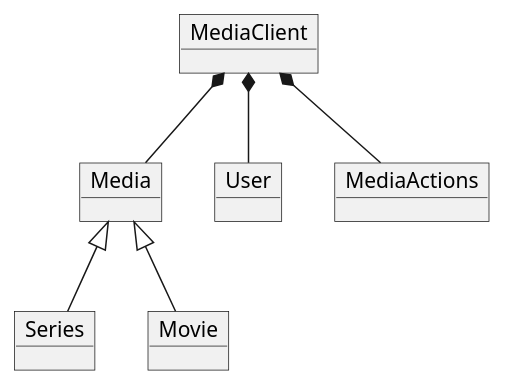
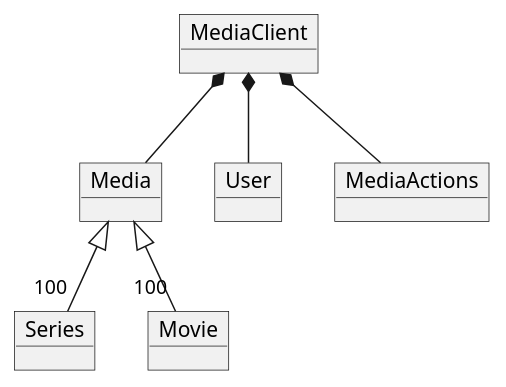
One commit to b-rino/SP3 changed the diagram in docs/domainmodel.puml. Above: the diagram before and after it, drawn with PlantUML. The commit also changed 5 other files, not shown here.

```diff
--- a/docs/domainmodel.puml
+++ b/docs/domainmodel.puml
@@ -1,22 +1,22 @@
 @startuml
 
 object MediaClient
 object Media
 object Series
 object Movie
 object User
 object MediaActions
 
 
 
 MediaClient*-- User
 MediaClient *-- Media
 MediaClient *-- MediaActions
-Media <|-- Movie
-Media <|-- Series
+Media <|--"100" Movie
+Media <|--"100" Series
 
 
 
 
 
 @enduml
```
